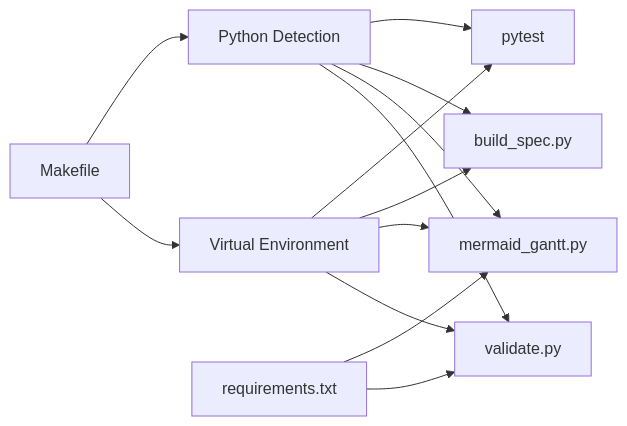
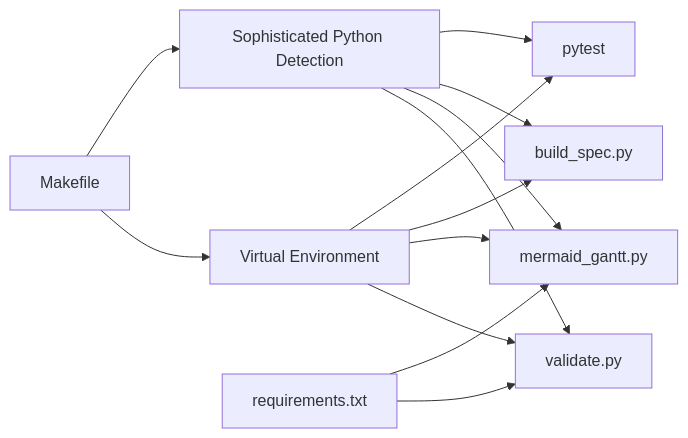
The fifth of 5 diagrams in .qoder/repowiki/en/content/Integration Guide/Workflow Automation.md (asukhodko/opskarta), drawn with Mermaid before and after one commit. The commit also changed other lines of this file and 7 other files, not shown here.

````diff
--- a/.qoder/repowiki/en/content/Integration Guide/Workflow Automation.md
+++ b/.qoder/repowiki/en/content/Integration Guide/Workflow Automation.md
@@ -442,15 +445,15 @@
 ```mermaid
 graph LR
 MK["Makefile"] --> VENV["Virtual Environment"]
-MK --> PY["Python Detection"]
+MK --> PY["Sophisticated Python Detection"]
 VENV --> VAL["validate.py"]
 VENV --> REND["mermaid_gantt.py"]
 VENV --> SPEC["build_spec.py"]
 VENV --> TEST["pytest"]
 PY --> VAL
 PY --> REND
 PY --> SPEC
 PY --> TEST
 REQ["requirements.txt"] --> VAL
 REQ --> REND
 ```
````
